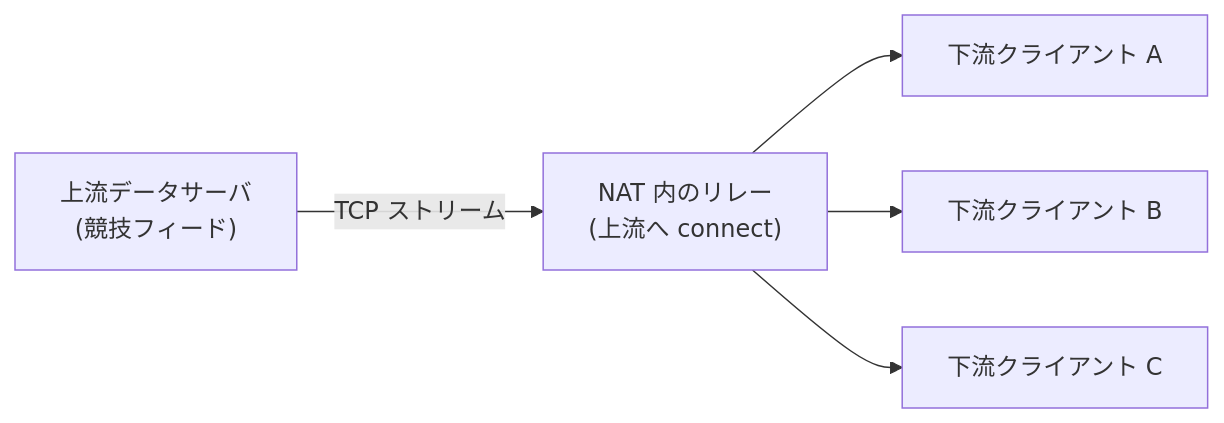
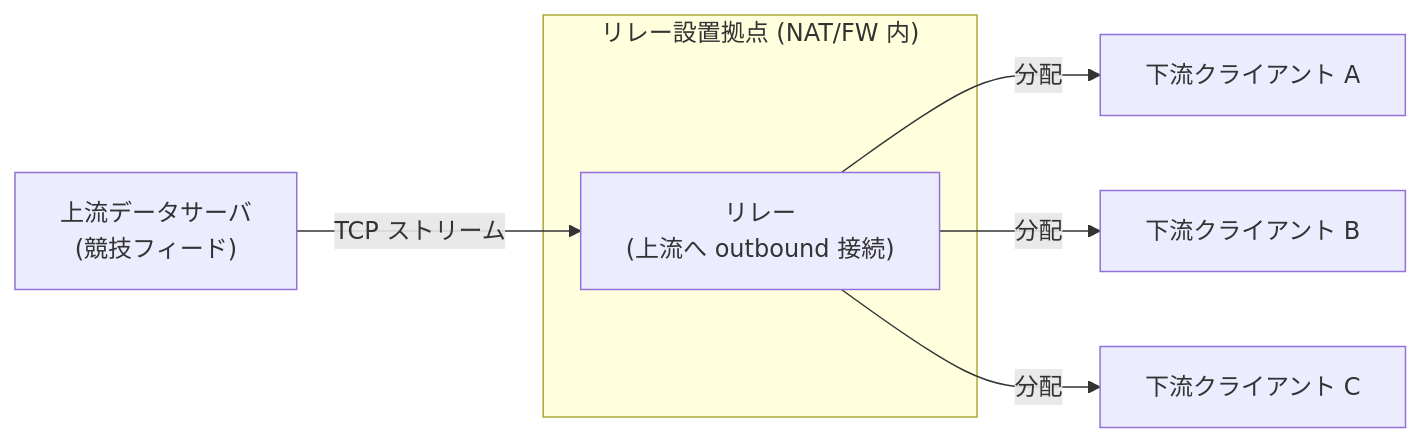
The third of 4 diagrams in README.md (tanaka-ryuya/TCPRelayServer), drawn with Mermaid before and after one commit. The commit also changed other lines of this file, not shown here.

````diff
--- a/README.md
+++ b/README.md
@@ -122,7 +125,10 @@
 ```mermaid
 flowchart LR
-    U["上流データサーバ<br/>(競技フィード)"] -->|TCP ストリーム| R["NAT 内のリレー<br/>(上流へ connect)"]
-    R --> C1[下流クライアント A]
-    R --> C2[下流クライアント B]
-    R --> C3[下流クライアント C]
+    subgraph NAT["リレー設置拠点 (NAT/FW 内)"]
+        R["リレー<br/>(上流へ outbound 接続)"]
+    end
+    U["上流データサーバ<br/>(競技フィード)"] -->|TCP ストリーム| R
+    R -->|分配| C1["下流クライアント A"]
+    R -->|分配| C2["下流クライアント B"]
+    R -->|分配| C3["下流クライアント C"]
 ```
````
